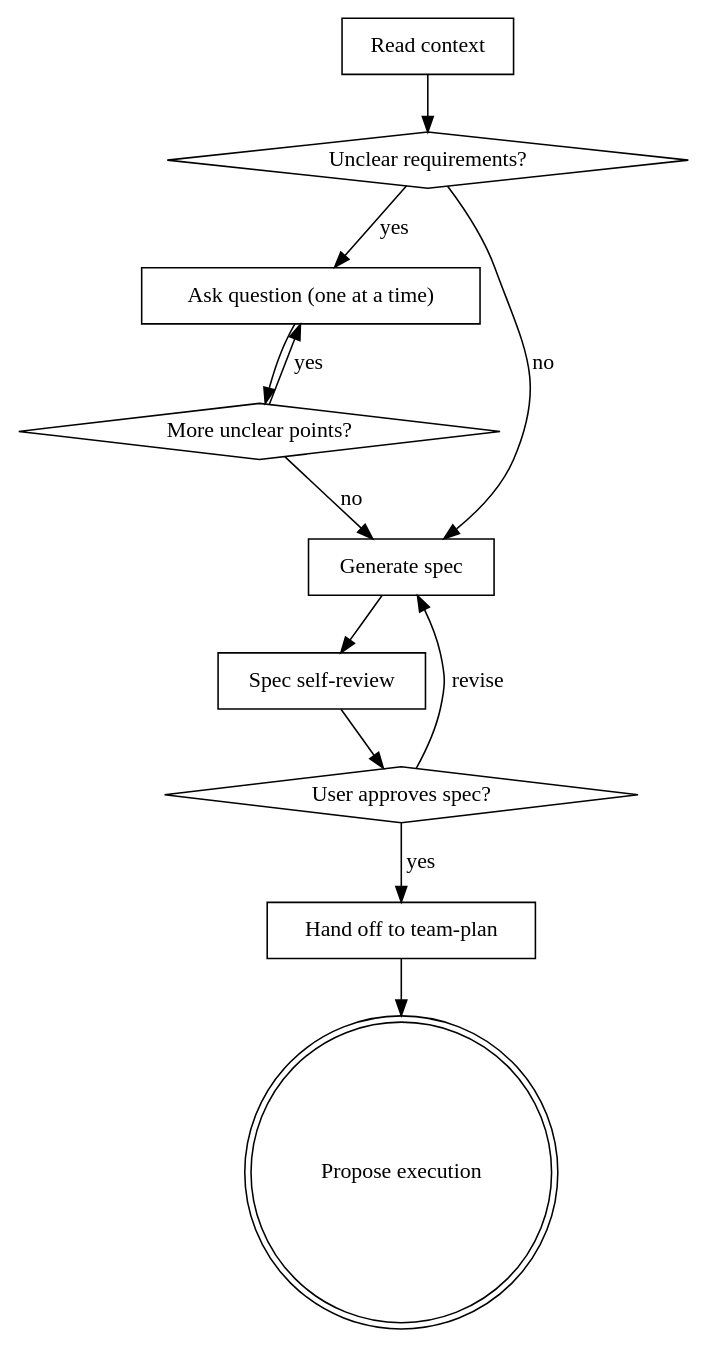
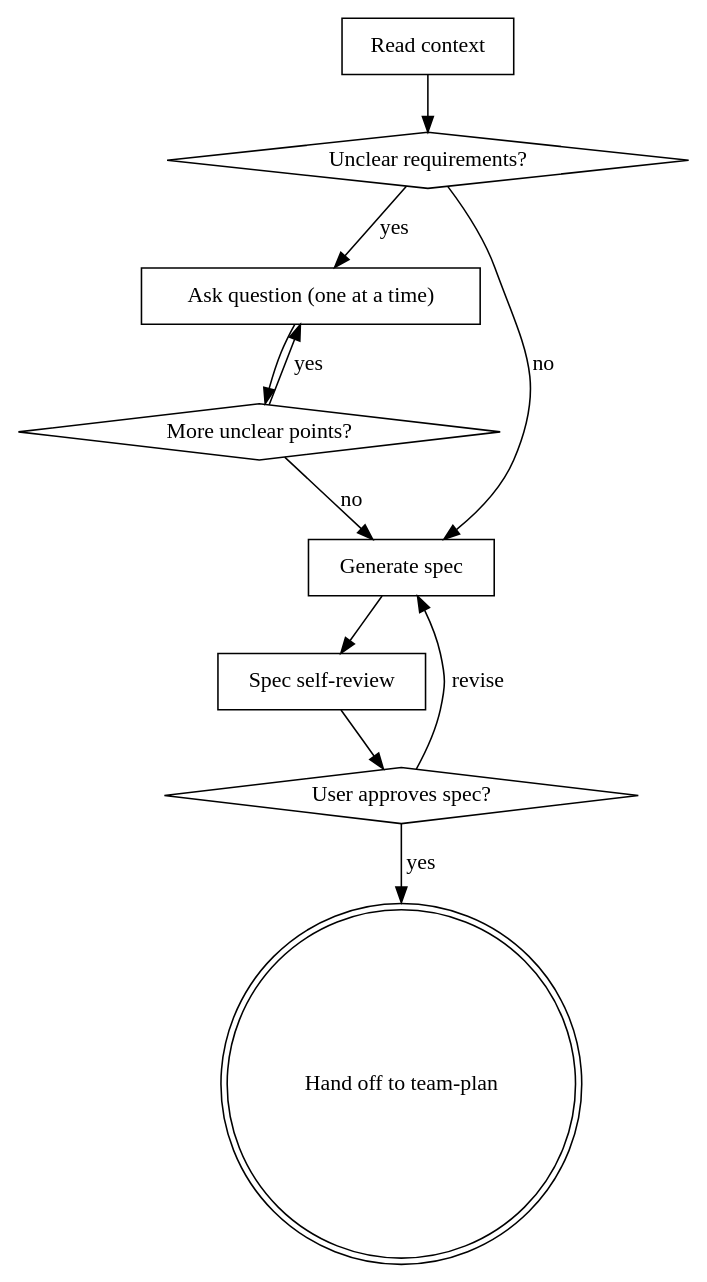
The diagram in skills/quick-brainstorm/SKILL.md (rat-siem/team-driven-development), drawn with Graphviz before and after one commit. The commit also changed other lines of this file, not shown here.

Commit message:
refactor(quick-brainstorm): remove redundant Execution Handoff; team-plan owns combined gate

````diff
--- a/skills/quick-brainstorm/SKILL.md
+++ b/skills/quick-brainstorm/SKILL.md
@@ -42,25 +42,23 @@
 ```dot
 digraph quick_brainstorm {
     "Read context" [shape=box];
     "Unclear requirements?" [shape=diamond];
     "Ask question (one at a time)" [shape=box];
     "More unclear points?" [shape=diamond];
     "Generate spec" [shape=box];
     "Spec self-review" [shape=box];
     "User approves spec?" [shape=diamond];
-    "Hand off to team-plan" [shape=box];
-    "Propose execution" [shape=doublecircle];
+    "Hand off to team-plan" [shape=doublecircle];
 
     "Read context" -> "Unclear requirements?";
     "Unclear requirements?" -> "Ask question (one at a time)" [label="yes"];
     "Unclear requirements?" -> "Generate spec" [label="no"];
     "Ask question (one at a time)" -> "More unclear points?";
     "More unclear points?" -> "Ask question (one at a time)" [label="yes"];
     "More unclear points?" -> "Generate spec" [label="no"];
     "Generate spec" -> "Spec self-review";
     "Spec self-review" -> "User approves spec?";
     "User approves spec?" -> "Generate spec" [label="revise"];
     "User approves spec?" -> "Hand off to team-plan" [label="yes"];
-    "Hand off to team-plan" -> "Propose execution";
 }
 ```
````
